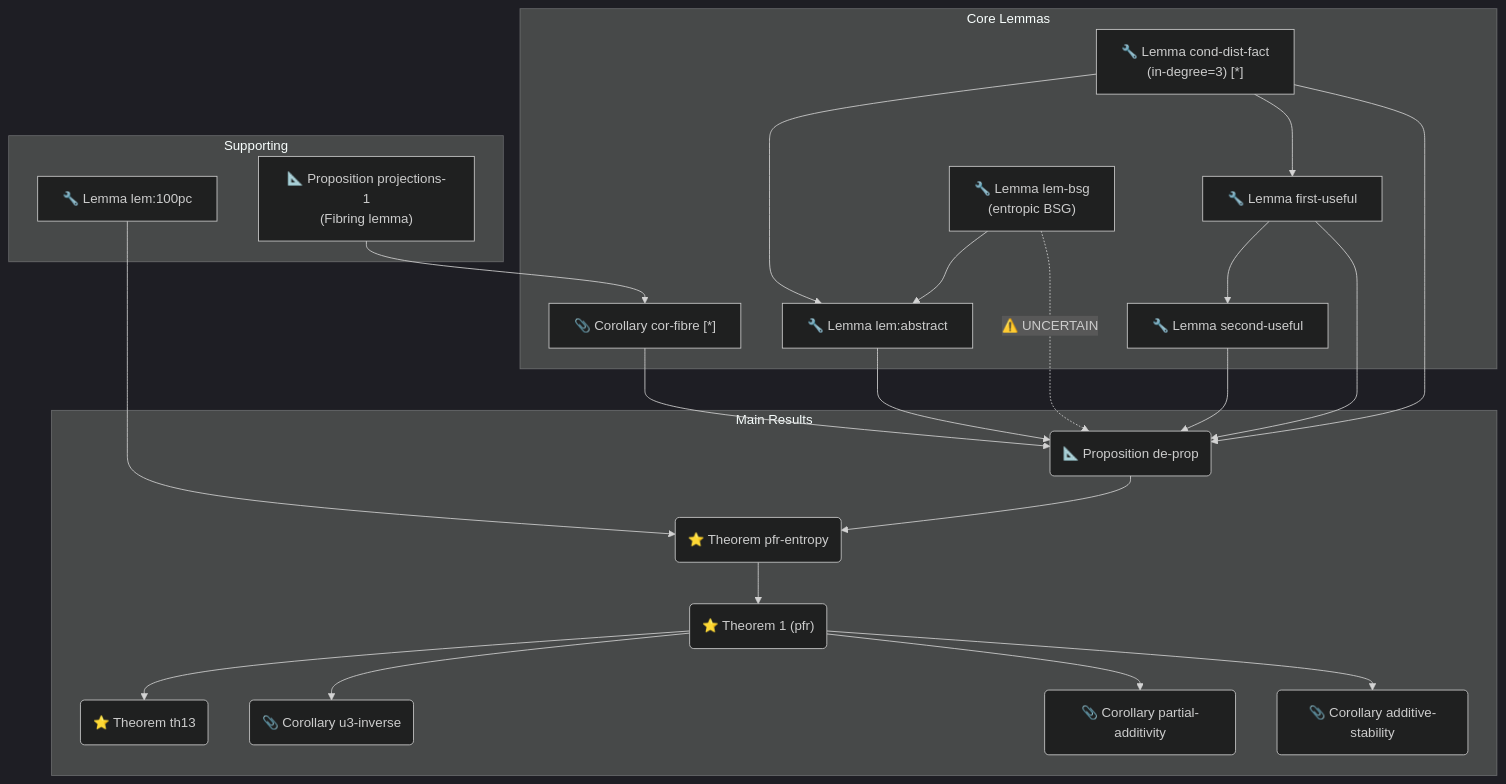
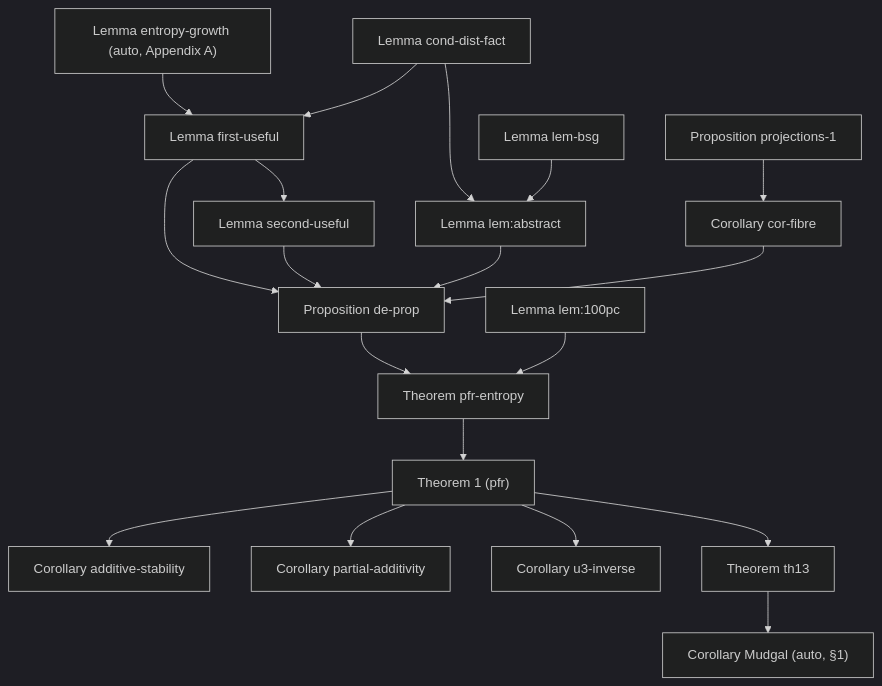
Before and after one commit to VeryMath/AI4Math-Paper-Reading: the diagram in skills/math-paper-reading/examples/Gowers_PFR_全局依赖图_2026-05-15.md, drawn with Mermaid (dark theme). The commit also changed other lines of this file and 15 other files, not shown here.

````diff
--- a/skills/math-paper-reading/examples/Gowers_PFR_全局依赖图_2026-05-15.md
+++ b/skills/math-paper-reading/examples/Gowers_PFR_全局依赖图_2026-05-15.md
@@ -40,46 +29,39 @@
 ```mermaid
 graph TD
-  subgraph "Main Results"
-    Thm1_pfr("⭐ Theorem 1 (pfr)")
-    Thm_pfr_entropy("⭐ Theorem pfr-entropy")
-    Prop_de_prop("📐 Proposition de-prop")
-    Cor_additive("📎 Corollary additive-stability")
-    Cor_partial("📎 Corollary partial-additivity")
-    Cor_u3("📎 Corollary u3-inverse")
-    Thm_th13("⭐ Theorem th13")
-  end
+  growth["Lemma entropy-growth (auto, Appendix A)"]
+  cond["Lemma cond-dist-fact"]
+  first["Lemma first-useful"]
+  second["Lemma second-useful"]
+  bsg["Lemma lem-bsg"]
+  abstract["Lemma lem:abstract"]
+  projections["Proposition projections-1"]
+  fibre["Corollary cor-fibre"]
+  decrement["Proposition de-prop"]
+  zero["Lemma lem:100pc"]
+  entropy["Theorem pfr-entropy"]
+  pfr["Theorem 1 (pfr)"]
+  additive["Corollary additive-stability"]
+  partial["Corollary partial-additivity"]
+  inverse["Corollary u3-inverse"]
+  weak["Theorem th13"]
+  mudgal["Corollary Mudgal (auto, §1)"]
 
-  subgraph "Core Lemmas"
-    Lem_cond_dist_fact["🔧 Lemma cond-dist-fact<br/>(in-degree=3) [*]"]
-    Lem_first_useful["🔧 Lemma first-useful"]
-    Lem_second_useful["🔧 Lemma second-useful"]
-    Lem_abstract["🔧 Lemma lem:abstract"]
-    Lem_bsg["🔧 Lemma lem-bsg<br/>(entropic BSG)"]
-    Cor_fibre["📎 Corollary cor-fibre [*]"]
-  end
-
-  subgraph "Supporting"
-    Lem_100pc["🔧 Lemma lem:100pc"]
-    Prop_projections_1["📐 Proposition projections-1<br/>(Fibring lemma)"]
-  end
-
-  Lem_100pc --> Thm_pfr_entropy
-  Prop_de_prop --> Thm_pfr_entropy
-  Thm_pfr_entropy --> Thm1_pfr
-  Thm1_pfr --> Cor_additive
-  Thm1_pfr --> Cor_partial
-  Thm1_pfr --> Cor_u3
-  Thm1_pfr --> Thm_th13
-
-  Prop_projections_1 --> Cor_fibre
-  Cor_fibre --> Prop_de_prop
-  Lem_cond_dist_fact --> Prop_de_prop
-  Lem_cond_dist_fact --> Lem_first_useful
-  Lem_cond_dist_fact --> Lem_abstract
-  Lem_first_useful --> Prop_de_prop
-  Lem_first_useful --> Lem_second_useful
-  Lem_second_useful --> Prop_de_prop
-  Lem_bsg -.->|"⚠️ UNCERTAIN"| Prop_de_prop
-  Lem_bsg --> Lem_abstract
-  Lem_abstract --> Prop_de_prop
+  growth --> first
+  cond --> first
+  cond --> abstract
+  first --> second
+  first --> decrement
+  second --> decrement
+  bsg --> abstract
+  abstract --> decrement
+  projections --> fibre
+  fibre --> decrement
+  decrement --> entropy
+  zero --> entropy
+  entropy --> pfr
+  pfr --> additive
+  pfr --> partial
+  pfr --> inverse
+  pfr --> weak
+  weak --> mudgal
 ```
````
